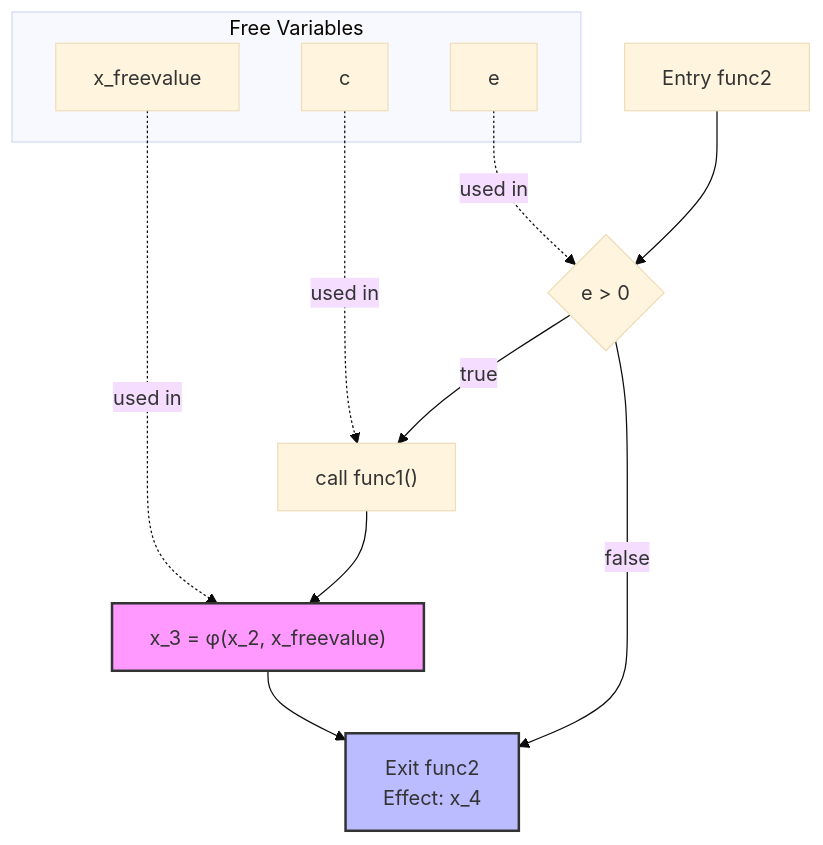
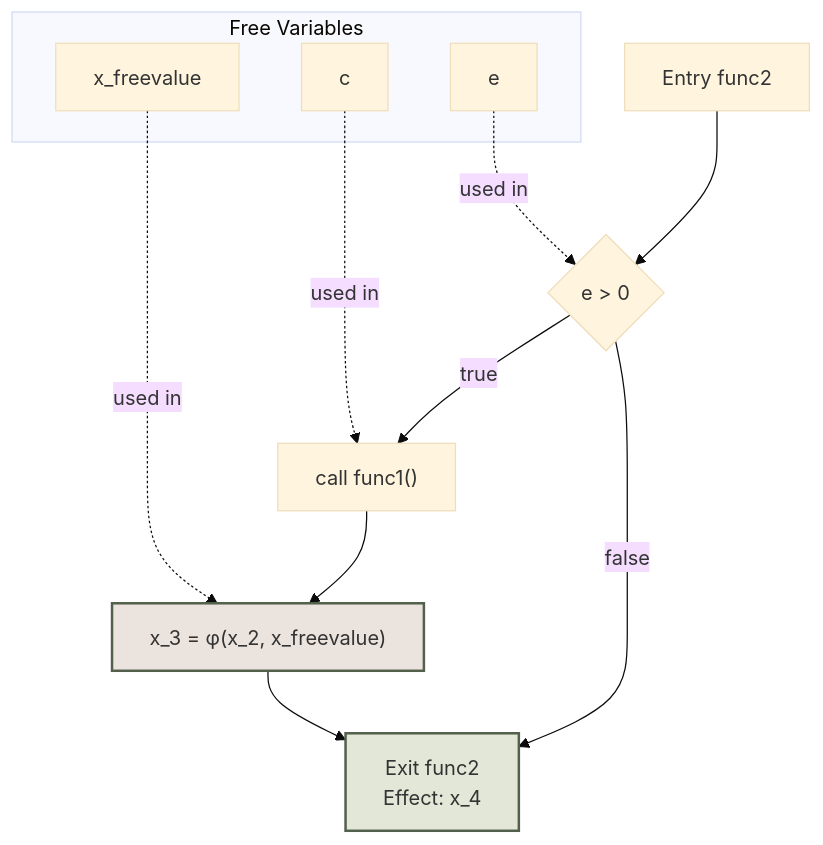
The fifth of 7 diagrams in static-analysis-guide/deep-dive-into-ssa-closure.mdx (yaklang/ssa.to), drawn with Mermaid (base theme) before and after one commit. The commit also changed other lines of this file and 91 other files, not shown here.

````diff
--- a/static-analysis-guide/deep-dive-into-ssa-closure.mdx
+++ b/static-analysis-guide/deep-dive-into-ssa-closure.mdx
@@ -1104,27 +1112,27 @@
 ```mermaid
 graph TB
     A["Entry func2"]
     B{"e > 0"}
     C["call func1()"]
     D["x_3 = φ(x_2, x_freevalue)"]
     E["Exit func2<br>Effect: x_4"]
     
     A --> B
     B -->|"true"| C
     C --> D
     D --> E
     B -->|"false"| E
     
     subgraph "Free Variables"
         F["x_freevalue"]
         G["c"]
         H["e"]
     end
     
     F -.->|"used in"| D
     G -.->|"used in"| C
     H -.->|"used in"| B
     
-    style D fill:#f9f,stroke:#333,stroke-width:2px
-    style E fill:#bbf,stroke:#333,stroke-width:2px
+    style D fill:#ebe3dd,stroke:#52604c,stroke-width:2px
+    style E fill:#e2e7d7,stroke:#52604c,stroke-width:2px
 ```
````
